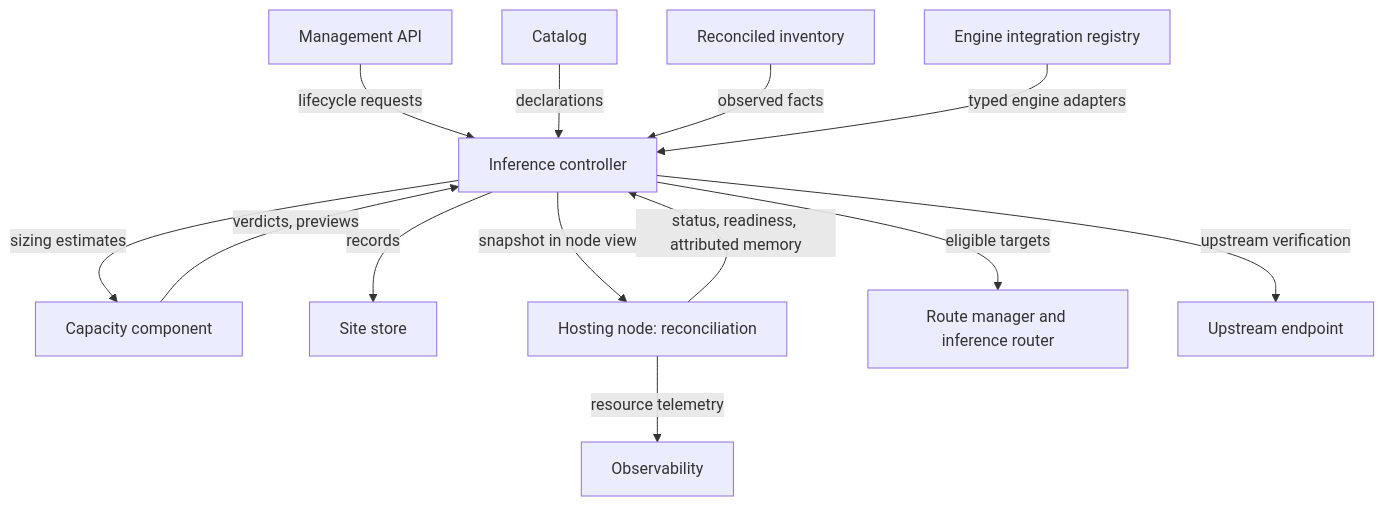
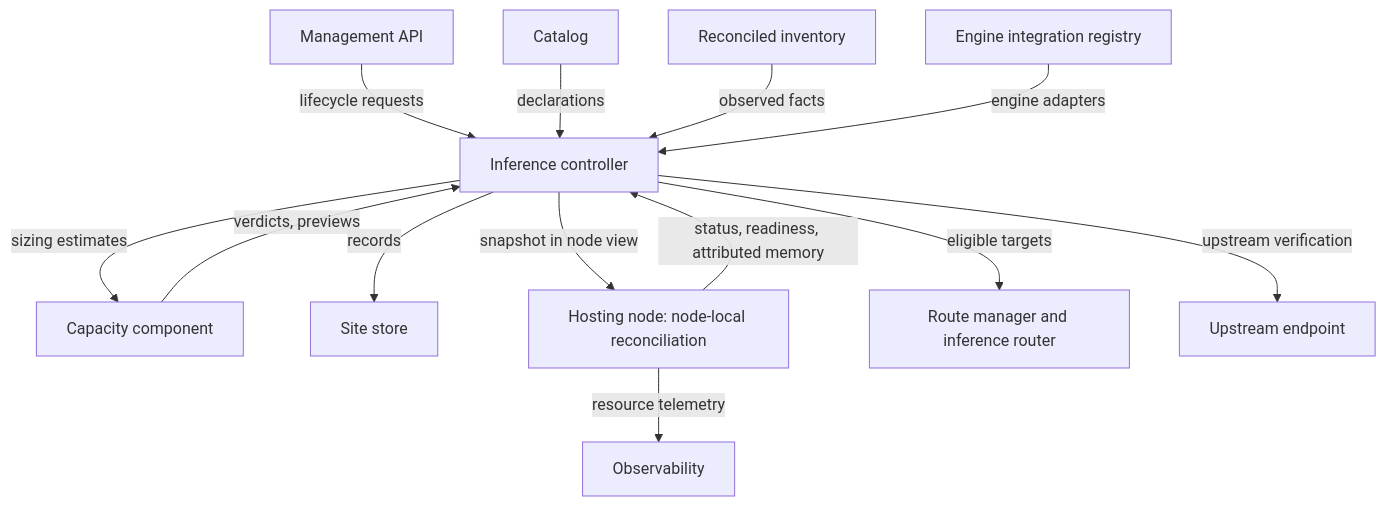
Before and after one commit to dotcoreai/dotcore: the first of 6 diagrams in docs/specs/models.md, drawn with Mermaid. The commit also changed other lines of this file and 2 other files, not shown here.

````diff
--- a/docs/specs/models.md
+++ b/docs/specs/models.md
@@ -32,15 +28,15 @@
 ```mermaid
 flowchart TB
   API["Management API"] -->|"lifecycle requests"| IC["Inference controller"]
   CAT["Catalog"] -->|"declarations"| IC
   INV["Reconciled inventory"] -->|"observed facts"| IC
-  EIR["Engine integration registry"] -->|"typed engine adapters"| IC
+  EIR["Engine integration registry"] -->|"engine adapters"| IC
   IC -->|"sizing estimates"| CAP["Capacity component"]
   CAP -->|"verdicts, previews"| IC
   IC -->|"records"| SS["Site store"]
-  IC -->|"snapshot in node view"| NODE["Hosting node: reconciliation"]
+  IC -->|"snapshot in node view"| NODE["Hosting node: node-local reconciliation"]
   NODE -->|"status, readiness, attributed memory"| IC
   NODE -->|"resource telemetry"| OBS["Observability"]
   IC -->|"eligible targets"| RTR["Route manager and inference router"]
   IC -->|"upstream verification"| UP["Upstream endpoint"]
 ```
````
